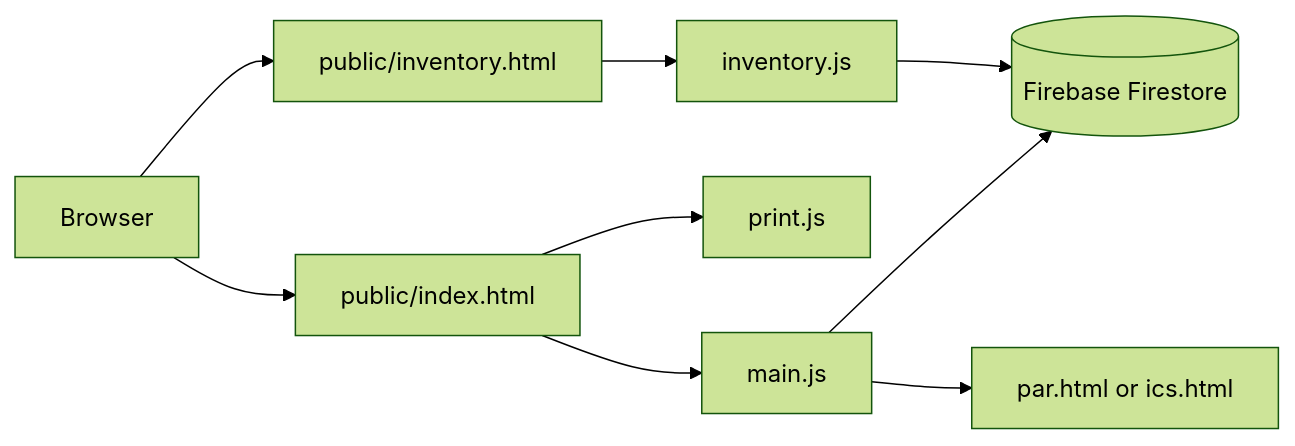
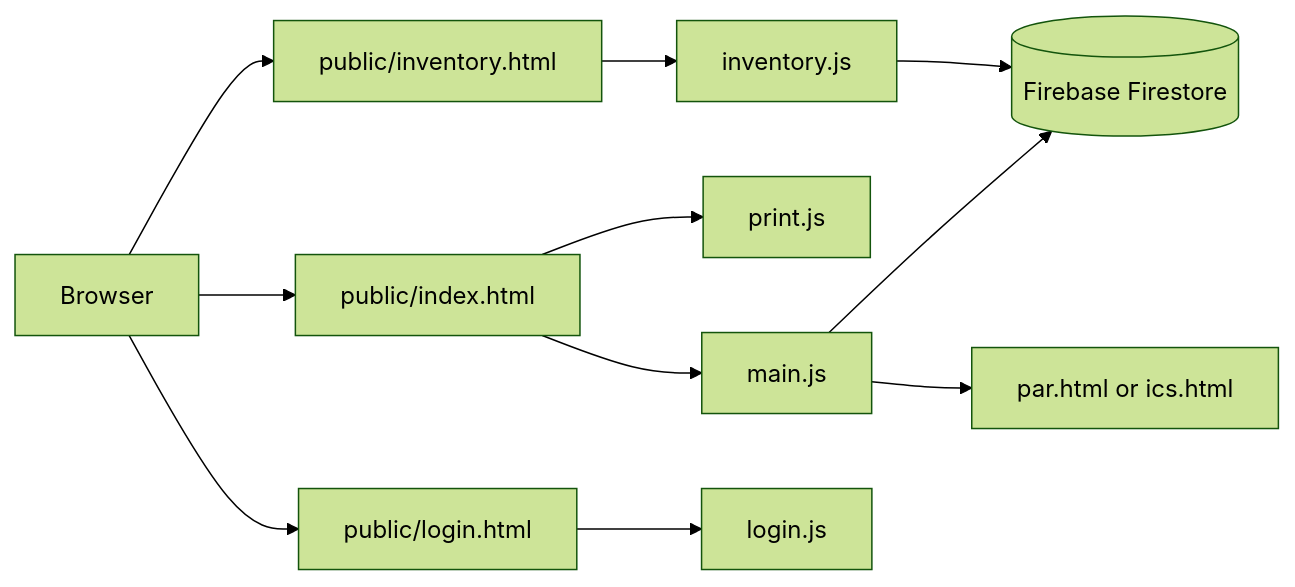
The diagram in docs/DEVELOPER-GUIDE.md (Lanceyzxc/Property-Card), drawn with Mermaid (forest theme) before and after one commit. The commit also changed other lines of this file and 13 other files, not shown here.

````diff
--- a/docs/DEVELOPER-GUIDE.md
+++ b/docs/DEVELOPER-GUIDE.md
@@ -19,11 +21,13 @@
 ```mermaid
 flowchart LR
     A[Browser] --> B[public/index.html]
     A --> C[public/inventory.html]
+    A --> I[public/login.html]
     B --> D[main.js]
     B --> E[print.js]
     C --> F[inventory.js]
+    I --> J[login.js]
     D --> G[(Firebase Firestore)]
     F --> G
     D --> H[par.html or ics.html]
 ```
````
